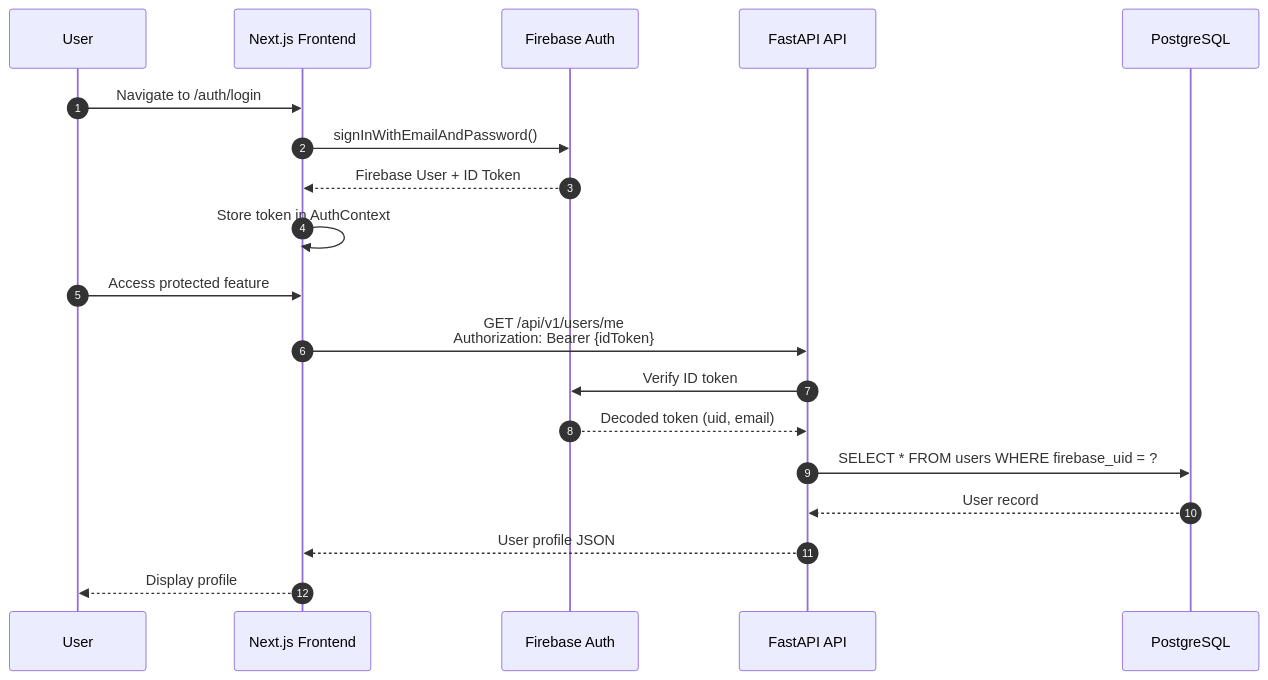
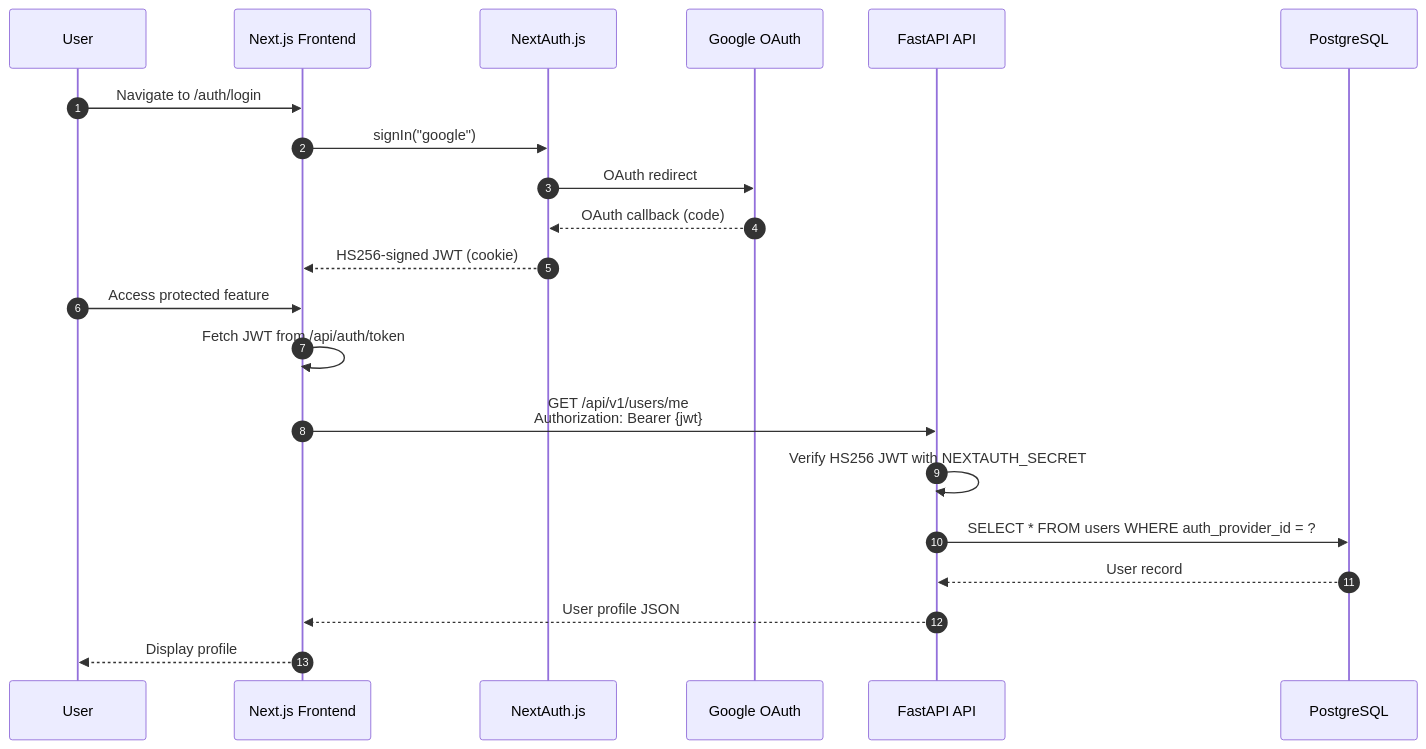
One commit to dtsong/trainerlab changed the first of 2 diagrams in docs/architecture/AUTHENTICATION.md. Above: the diagram before and after it, drawn with Mermaid. The commit also changed other lines of this file and 43 other files, not shown here.

First line of the commit message:
feat: replace Firebase Auth with NextAuth.js (Auth.js v5) + Google OAuth

````diff
--- a/docs/architecture/AUTHENTICATION.md
+++ b/docs/architecture/AUTHENTICATION.md
@@ -11,27 +11,27 @@
 ```mermaid
 sequenceDiagram
     autonumber
     participant User
     participant Frontend as Next.js Frontend
-    participant Firebase as Firebase Auth
+    participant NextAuth as NextAuth.js
+    participant Google as Google OAuth
     participant API as FastAPI API
     participant DB as PostgreSQL
 
     User->>Frontend: Navigate to /auth/login
-    Frontend->>Firebase: signInWithEmailAndPassword()
-    Firebase-->>Frontend: Firebase User + ID Token
-
-    Frontend->>Frontend: Store token in AuthContext
+    Frontend->>NextAuth: signIn("google")
+    NextAuth->>Google: OAuth redirect
+    Google-->>NextAuth: OAuth callback (code)
+    NextAuth-->>Frontend: HS256-signed JWT (cookie)
 
     User->>Frontend: Access protected feature
-    Frontend->>API: GET /api/v1/users/me<br/>Authorization: Bearer {idToken}
+    Frontend->>Frontend: Fetch JWT from /api/auth/token
+    Frontend->>API: GET /api/v1/users/me<br/>Authorization: Bearer {jwt}
 
-    API->>Firebase: Verify ID token
-    Firebase-->>API: Decoded token (uid, email)
-
-    API->>DB: SELECT * FROM users WHERE firebase_uid = ?
+    API->>API: Verify HS256 JWT with NEXTAUTH_SECRET
+    API->>DB: SELECT * FROM users WHERE auth_provider_id = ?
     DB-->>API: User record
 
     API-->>Frontend: User profile JSON
     Frontend-->>User: Display profile
 ```
````
